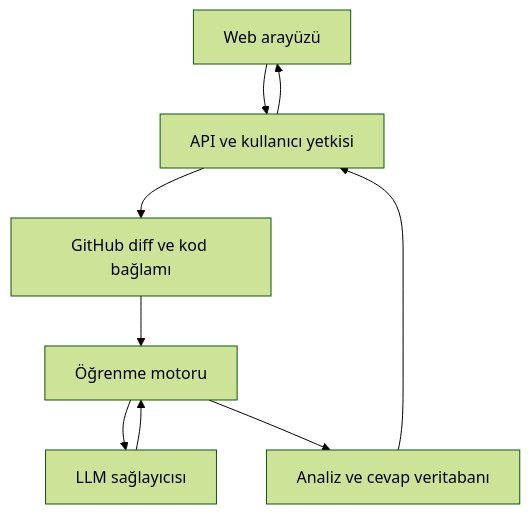
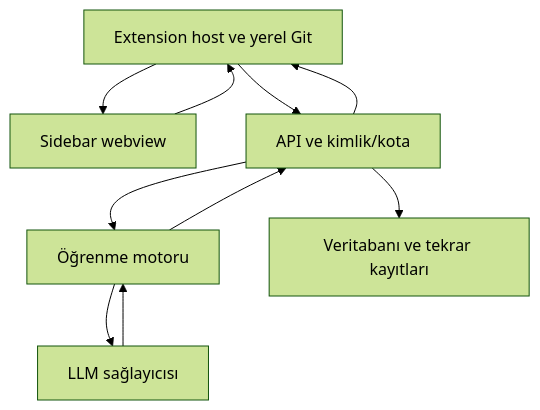
One commit to efekqc/DevComprehend changed the diagram in docs/architecture/overview.md. Above: the diagram before and after it, drawn with Mermaid (forest theme). The commit also changed other lines of this file and 31 other files, not shown here.

````diff
--- a/docs/architecture/overview.md
+++ b/docs/architecture/overview.md
@@ -5,11 +2,12 @@
 ```mermaid
 flowchart TD
-  U["Web arayüzü"] --> A["API ve kullanıcı yetkisi"]
-  A --> G["GitHub diff ve kod bağlamı"]
-  G --> L["Öğrenme motoru"]
-  L --> M["LLM sağlayıcısı"]
-  M --> L
-  L --> D["Analiz ve cevap veritabanı"]
-  D --> A
-  A --> U
+  H["Extension host ve yerel Git"] --> W["Sidebar webview"]
+  W --> H
+  H --> A["API ve kimlik/kota"]
+  A --> L["Öğrenme motoru"]
+  L --> P["LLM sağlayıcısı"]
+  P --> L
+  A --> D["Veritabanı ve tekrar kayıtları"]
+  L --> A
+  A --> H
 ```
````
